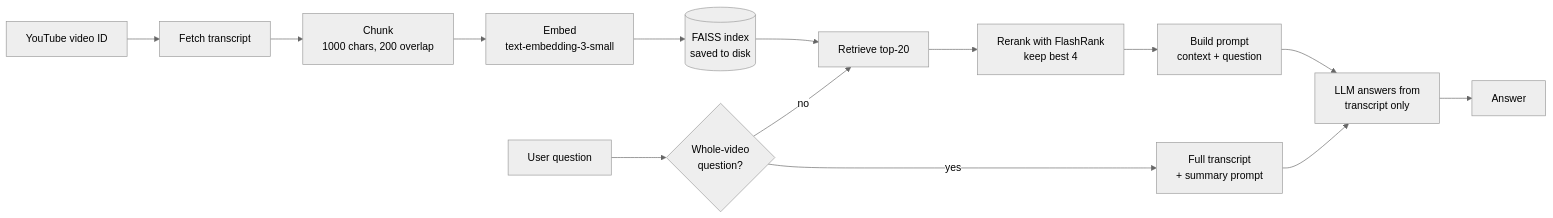
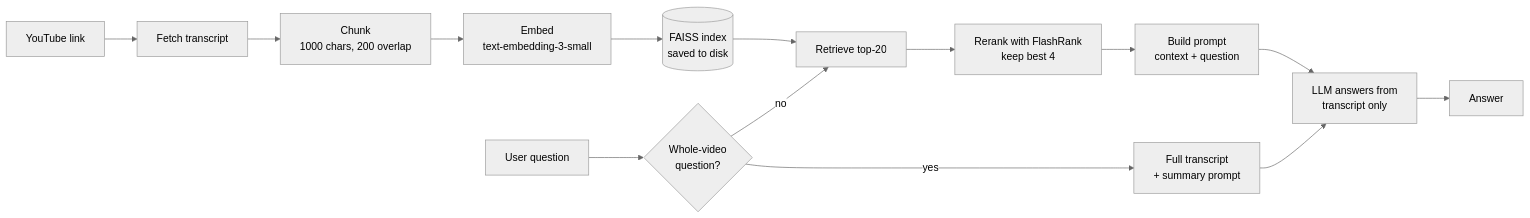
One commit to Dhruv06000/Self-Evaluating-RAG-System changed the diagram in README.md. Above: the diagram before and after it, drawn with Mermaid (neutral theme). The commit also changed other lines of this file and 2 other files, not shown here.

Commit message:
Accept YouTube URLs, handle errors

````diff
--- a/README.md
+++ b/README.md
@@ -14,16 +14,16 @@
 ```mermaid
 flowchart LR
-    A[YouTube video ID] --> B[Fetch transcript]
+    A[YouTube link] --> B[Fetch transcript]
     B --> C[Chunk<br/>1000 chars, 200 overlap]
     C --> D[Embed<br/>text-embedding-3-small]
     D --> E[(FAISS index<br/>saved to disk)]
     Q[User question] --> R{Whole-video<br/>question?}
     R -- no --> F[Retrieve top-20]
     E --> F
     F --> G[Rerank with FlashRank<br/>keep best 4]
     G --> H[Build prompt<br/>context + question]
     H --> I[LLM answers from<br/>transcript only]
     R -- yes --> S[Full transcript<br/>+ summary prompt]
     S --> I
     I --> J[Answer]
 ```
````
